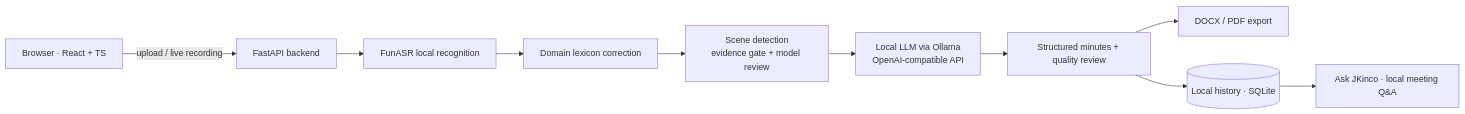
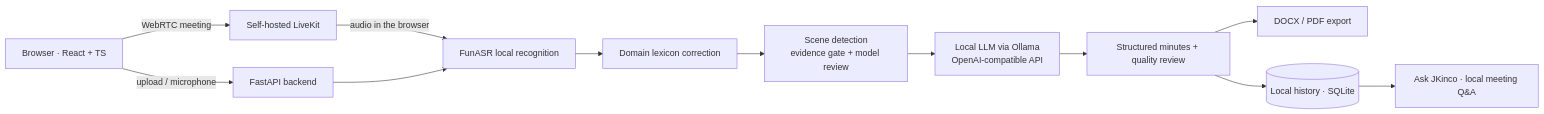
Before and after one commit to wenxuanzhang1209-cyber/jkinco-listen-open: the diagram in README.md, drawn with Mermaid. The commit also changed other lines of this file and 62 other files, not shown here.

````diff
--- a/README.md
+++ b/README.md
@@ -248,12 +330,14 @@
 ```mermaid
 flowchart LR
-    U[Browser · React + TS] -->|upload / live recording| API[FastAPI backend]
-    API --> ASR[FunASR local recognition]
+    U[Browser · React + TS] -->|WebRTC meeting| LK[Self-hosted LiveKit]
+    U -->|upload / microphone| API[FastAPI backend]
+    LK -->|audio in the browser| ASR[FunASR local recognition]
+    API --> ASR
     ASR --> LEX[Domain lexicon correction]
     LEX --> CLS[Scene detection<br/>evidence gate + model review]
     CLS --> LLM[Local LLM via Ollama<br/>OpenAI-compatible API]
     LLM --> MIN[Structured minutes + quality review]
     MIN --> EXP[DOCX / PDF export]
     MIN --> DB[(Local history · SQLite)]
     DB --> QA[Ask JKinco · local meeting Q&A]
 ```
````
